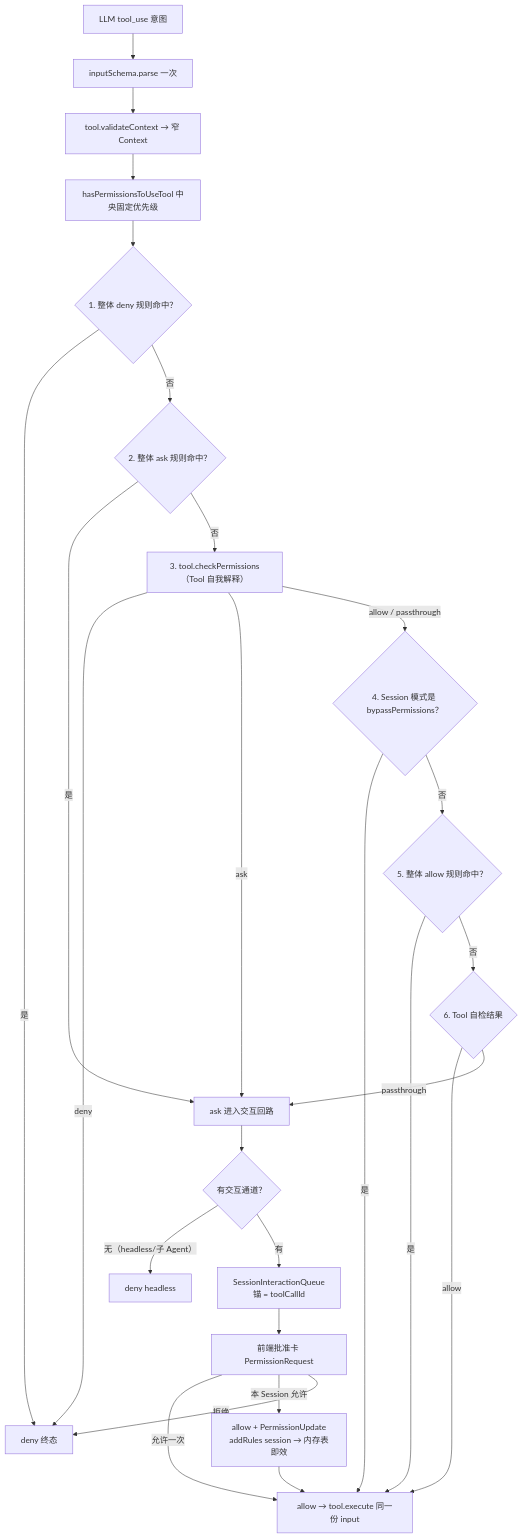
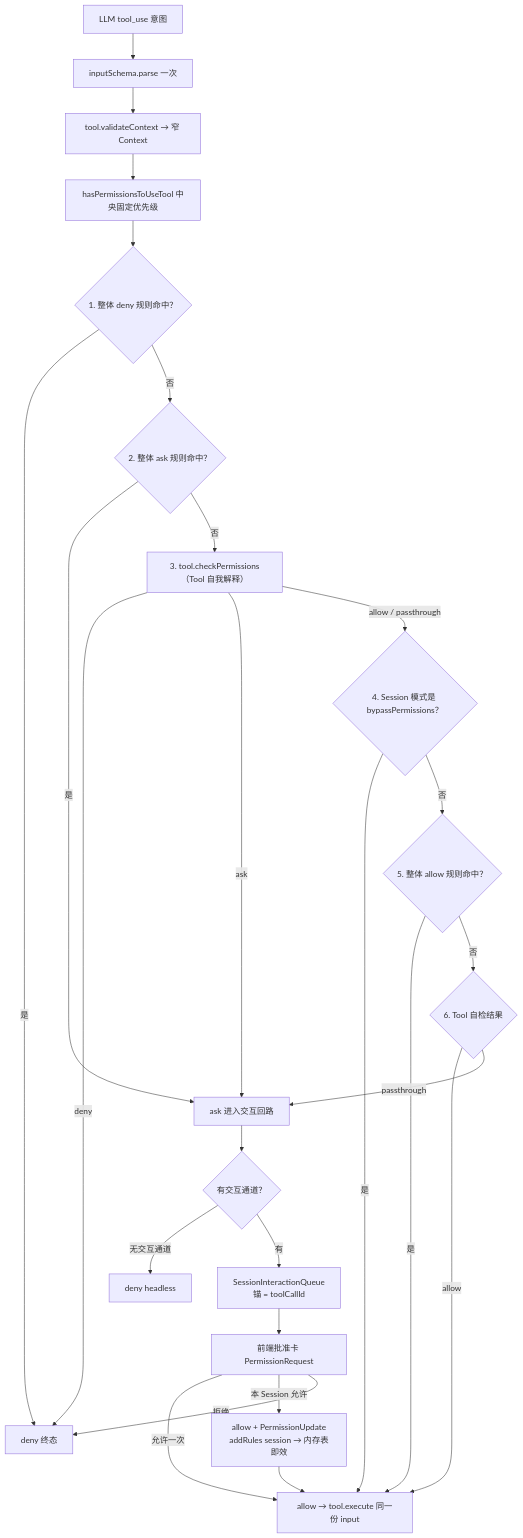
The diagram in src/permission/README.md (chengyuZou/EmaAgent), drawn with Mermaid before and after one commit. The commit also changed other lines of this file and 64 other files, not shown here.

````diff
--- a/src/permission/README.md
+++ b/src/permission/README.md
@@ -14,28 +14,28 @@
 ```mermaid
 flowchart TD
     A[LLM tool_use 意图] --> B[inputSchema.parse 一次]
     B --> C[tool.validateContext → 窄 Context]
     C --> D[hasPermissionsToUseTool 中央固定优先级]
     D --> D1{"1. 整体 deny 规则命中？"}
     D1 -->|是| Z[deny 终态]
     D1 -->|否| D2{"2. 整体 ask 规则命中？"}
     D2 -->|是| ASK[ask 进入交互回路]
     D2 -->|否| D3["3. tool.checkPermissions（Tool 自我解释）"]
     D3 -->|deny| Z
     D3 -->|ask| ASK
     D3 -->|"allow / passthrough"| D4{"4. Session 模式是 bypassPermissions？"}
     D4 -->|是| ALLOW[allow → tool.execute 同一份 input]
     D4 -->|否| D5{"5. 整体 allow 规则命中？"}
     D5 -->|是| ALLOW
     D5 -->|否| D6{"6. Tool 自检结果"}
     D6 -->|allow| ALLOW
     D6 -->|passthrough| ASK
     ASK --> H{有交互通道？}
-    H -->|无（headless/子 Agent）| ZD[deny headless]
+    H -->|无交互通道| ZD[deny headless]
     H -->|有| Q[SessionInteractionQueue<br/>锚 = toolCallId]
     Q --> UI[前端批准卡 PermissionRequest]
     UI -->|允许一次| ALLOW
     UI -->|本 Session 允许| U[allow + PermissionUpdate<br/>addRules session → 内存表即效]
     UI -->|拒绝| Z
     U --> ALLOW
 ```
````
